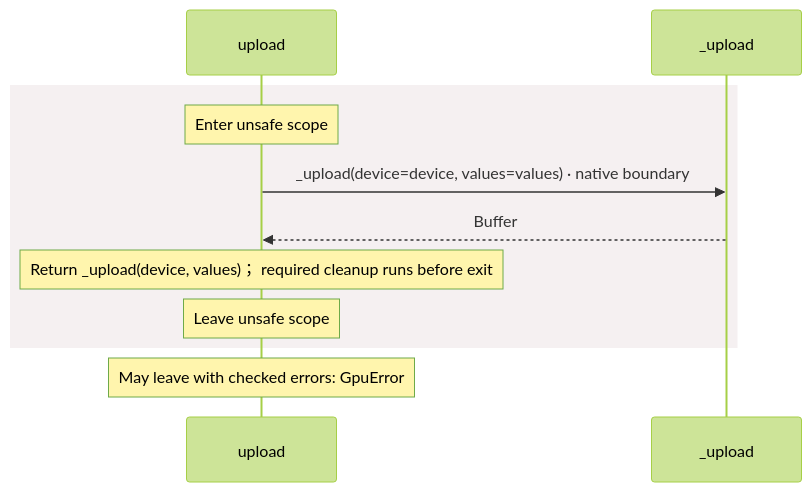
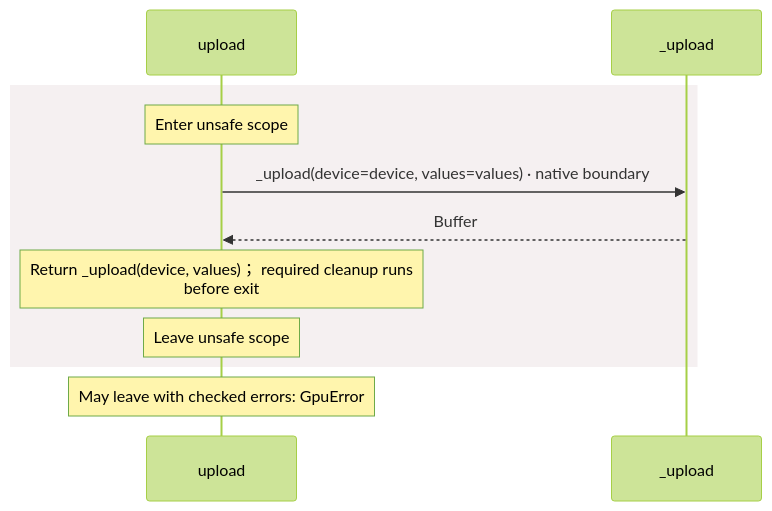
One commit to GreenPandaStudios/augscript changed the third of 5 diagrams in docs/examples/native-gpu/dependencies/packages/@greenpandastudios/aug-gpu/0.1.1/api-diagrams.md. Above: the diagram before and after it, drawn with Mermaid (forest theme). The commit also changed other lines of this file and 200 other files, not shown here.

Commit message:
Group imported operations and wrap readable sequence messages

````diff
--- a/docs/examples/native-gpu/dependencies/packages/@greenpandastudios/aug-gpu/0.1.1/api-diagrams.md
+++ b/docs/examples/native-gpu/dependencies/packages/@greenpandastudios/aug-gpu/0.1.1/api-diagrams.md
@@ -108,13 +108,13 @@
 ```mermaid
 sequenceDiagram
     participant p0 as upload
     participant p1 as _upload
     rect rgb(245, 240, 241)
     Note over p0: Enter unsafe scope
     p0->>p1: _upload(device=device, values=values) · native boundary
     p1-->>p0: Buffer
-    Note over p0: Return _upload(device, values)； required cleanup runs before exit
+    Note over p0: Return _upload(device, values)； required cleanup runs<br/>before exit
     Note over p0: Leave unsafe scope
     end
     Note over p0: May leave with checked errors: GpuError
 ```
````
